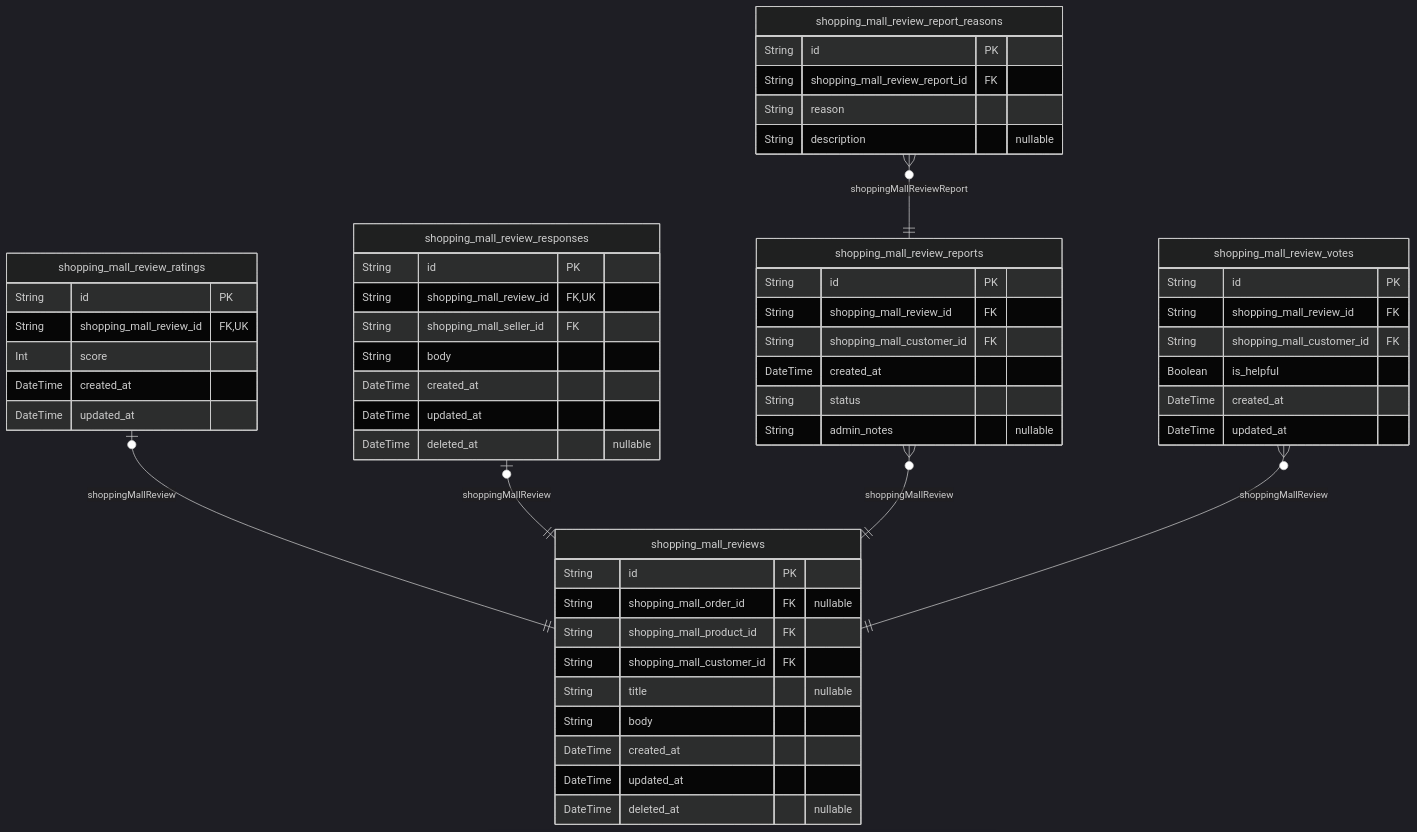
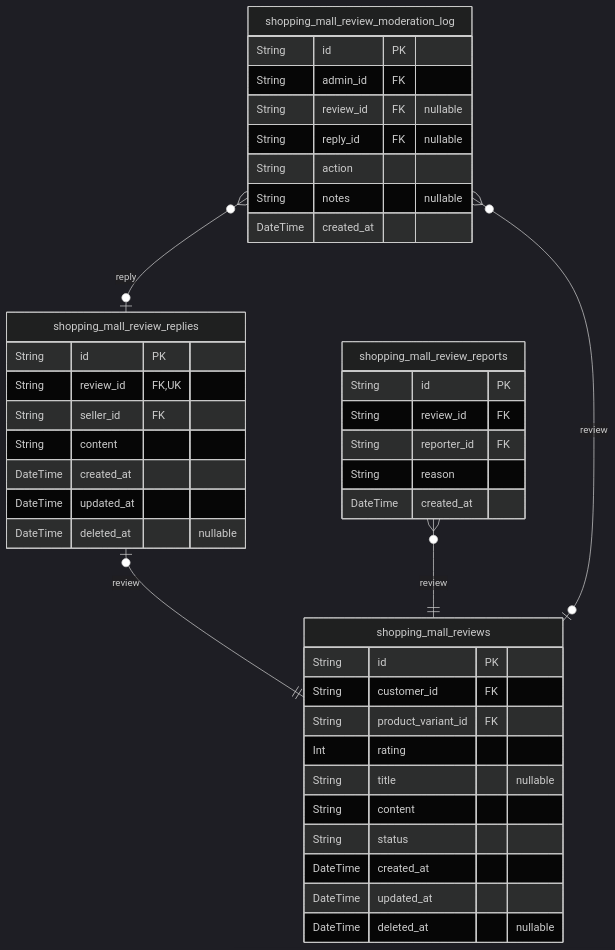
The sixth of 11 diagrams in qwen/qwen3-next-80b-a3b-instruct/shopping/docs/ERD.md (wrtnlabs/autobe-examples), drawn with Mermaid (dark theme) before and after one commit. The commit also changed other lines of this file and 22498 other files, not shown here.

````diff
--- a/qwen/qwen3-next-80b-a3b-instruct/shopping/docs/ERD.md
+++ b/qwen/qwen3-next-80b-a3b-instruct/shopping/docs/ERD.md
@@ -1368,57 +2521,44 @@
 ```mermaid
 erDiagram
 "shopping_mall_reviews" {
   String id PK
-  String shopping_mall_order_id FK "nullable"
-  String shopping_mall_product_id FK
-  String shopping_mall_customer_id FK
+  String customer_id FK
+  String product_variant_id FK
+  Int rating
   String title "nullable"
-  String body
+  String content
+  String status
   DateTime created_at
   DateTime updated_at
   DateTime deleted_at "nullable"
 }
-"shopping_mall_review_ratings" {
+"shopping_mall_review_replies" {
   String id PK
-  String shopping_mall_review_id FK,UK
-  Int score
-  DateTime created_at
-  DateTime updated_at
-}
-"shopping_mall_review_responses" {
-  String id PK
-  String shopping_mall_review_id FK,UK
-  String shopping_mall_seller_id FK
-  String body
+  String review_id FK,UK
+  String seller_id FK
+  String content
   DateTime created_at
   DateTime updated_at
   DateTime deleted_at "nullable"
 }
 "shopping_mall_review_reports" {
   String id PK
-  String shopping_mall_review_id FK
-  String shopping_mall_customer_id FK
+  String review_id FK
+  String reporter_id FK
+  String reason
   DateTime created_at
-  String status
-  String admin_notes "nullable"
 }
-"shopping_mall_review_report_reasons" {
+"shopping_mall_review_moderation_log" {
   String id PK
-  String shopping_mall_review_report_id FK
-  String reason
-  String description "nullable"
+  String admin_id FK
+  String review_id FK "nullable"
+  String reply_id FK "nullable"
+  String action
+  String notes "nullable"
+  DateTime created_at
 }
-"shopping_mall_review_votes" {
-  String id PK
-  String shopping_mall_review_id FK
-  String shopping_mall_customer_id FK
-  Boolean is_helpful
-  DateTime created_at
-  DateTime updated_at
-}
-"shopping_mall_review_ratings" |o--|| "shopping_mall_reviews" : shoppingMallReview
-"shopping_mall_review_responses" |o--|| "shopping_mall_reviews" : shoppingMallReview
-"shopping_mall_review_reports" }o--|| "shopping_mall_reviews" : shoppingMallReview
-"shopping_mall_review_report_reasons" }o--|| "shopping_mall_review_reports" : shoppingMallReviewReport
-"shopping_mall_review_votes" }o--|| "shopping_mall_reviews" : shoppingMallReview
+"shopping_mall_review_replies" |o--|| "shopping_mall_reviews" : review
+"shopping_mall_review_reports" }o--|| "shopping_mall_reviews" : review
+"shopping_mall_review_moderation_log" }o--o| "shopping_mall_reviews" : review
+"shopping_mall_review_moderation_log" }o--o| "shopping_mall_review_replies" : reply
 ```
````
